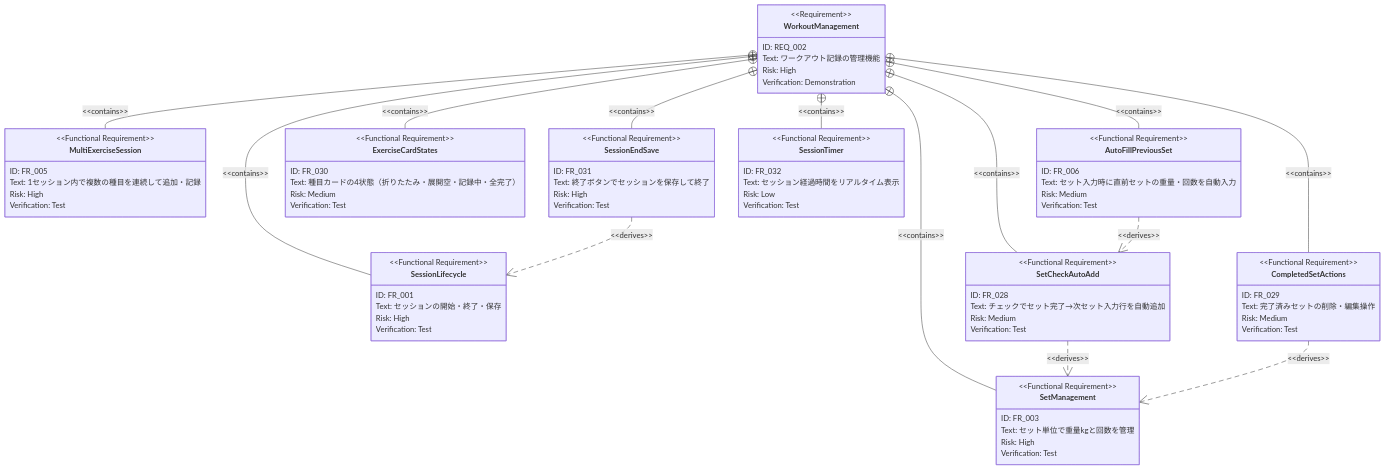
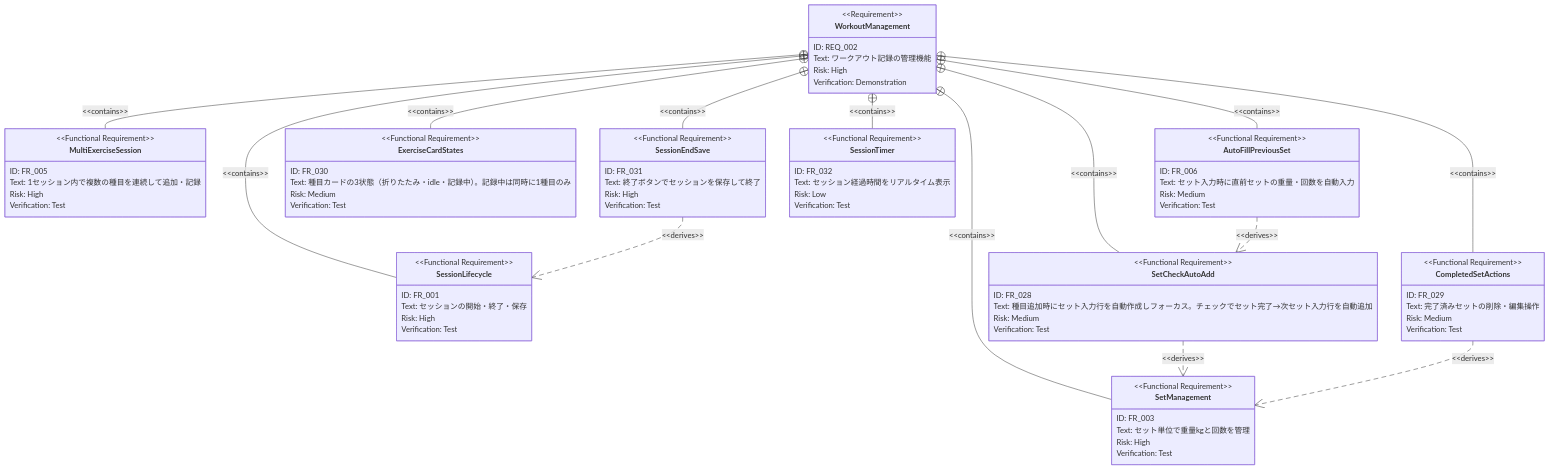
One commit to SakumaTakuya/gymini changed the second of 2 diagrams in .sdd/requirement/workout/index.md. Above: the diagram before and after it, drawn with Mermaid. The commit also changed other lines of this file and 2 other files, not shown here.

```diff
--- a/.sdd/requirement/workout/index.md
+++ b/.sdd/requirement/workout/index.md
@@ -99,7 +99,7 @@
 
     functionalRequirement SetCheckAutoAdd {
         id: FR_028
-        text: "チェックでセット完了→次セット入力行を自動追加"
+        text: "種目追加時にセット入力行を自動作成しフォーカス。チェックでセット完了→次セット入力行を自動追加"
         risk: medium
         verifymethod: test
     }
@@ -113,7 +113,7 @@
 
     functionalRequirement ExerciseCardStates {
         id: FR_030
-        text: "種目カードの4状態（折りたたみ・展開空・記録中・全完了）"
+        text: "種目カードの3状態（折りたたみ・idle・記録中）。記録中は同時に1種目のみ"
         risk: medium
         verifymethod: test
     }
```
